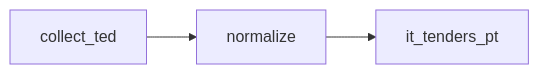
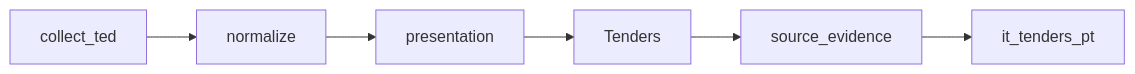
Before and after one commit to jsonifyco/public-datasets: the diagram in datasets/it-tenders-pt-fc238e58914d/README.md, drawn with Mermaid. The commit also changed other lines of this file and 6 other files, not shown here.

````diff
--- a/datasets/it-tenders-pt-fc238e58914d/README.md
+++ b/datasets/it-tenders-pt-fc238e58914d/README.md
@@ -54,8 +92,14 @@
 ```mermaid
 flowchart LR
   n0["collect#95;ted"]
   n1["normalize"]
-  n2["it#95;tenders#95;pt"]
+  n2["presentation"]
+  n3["Tenders"]
+  n4["source#95;evidence"]
+  n5["it#95;tenders#95;pt"]
   n0 --> n1
   n1 --> n2
+  n2 --> n3
+  n3 --> n4
+  n4 --> n5
 ```
````
